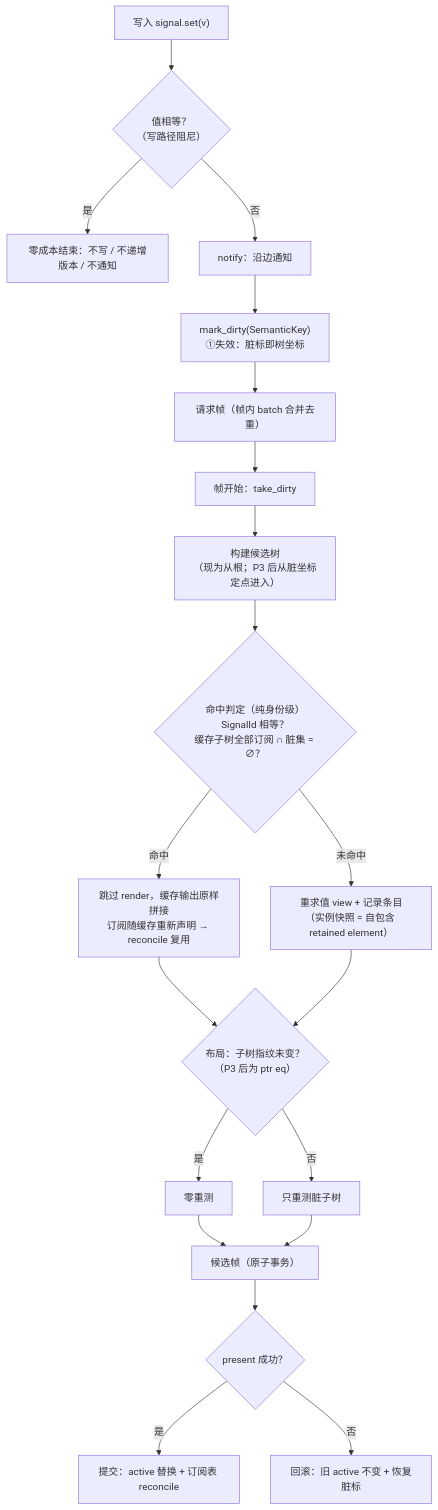
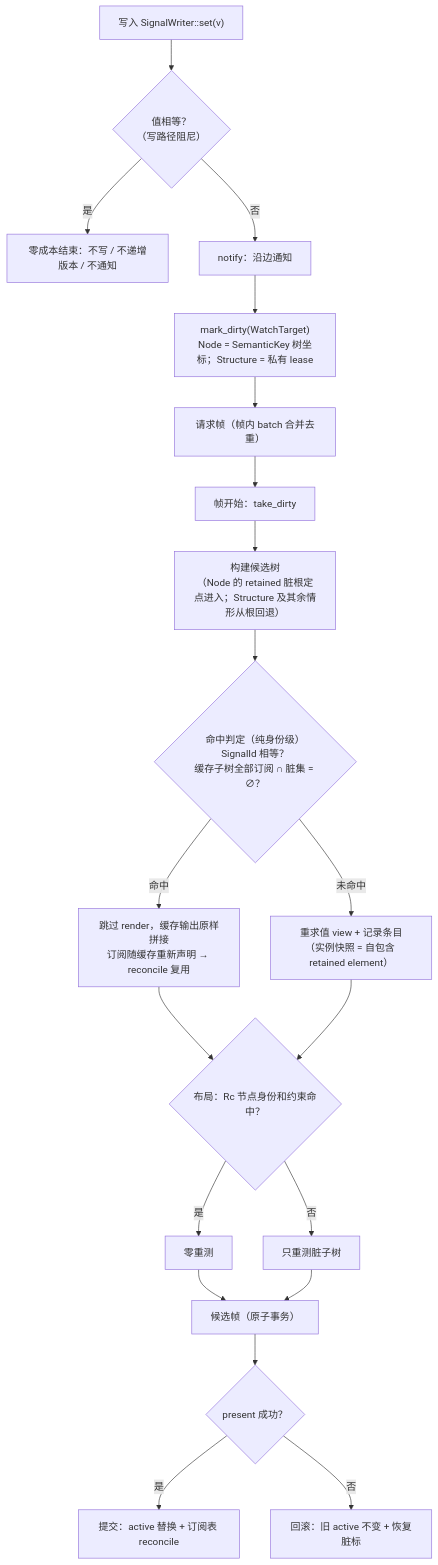
Before and after one commit to nyml2003/tela: the second of 4 diagrams in docs/001-响应式核心抽象：边、坐标与身份.md, drawn with Mermaid. The commit also changed other lines of this file and 166 other files, not shown here.

````diff
--- a/docs/001-响应式核心抽象：边、坐标与身份.md
+++ b/docs/001-响应式核心抽象：边、坐标与身份.md
@@ -171,23 +188,23 @@
 ```mermaid
 flowchart TD
-    W["写入 signal.set(v)"] --> EQ{"值相等？<br/>（写路径阻尼）"}
+    W["写入 SignalWriter::set(v)"] --> EQ{"值相等？<br/>（写路径阻尼）"}
     EQ -->|是| STOP["零成本结束：不写 / 不递增版本 / 不通知"]
     EQ -->|否| N["notify：沿边通知"]
-    N --> D["mark_dirty(SemanticKey)<br/>①失效：脏标即树坐标"]
+    N --> D["mark_dirty(WatchTarget)<br/>Node = SemanticKey 树坐标；Structure = 私有 lease"]
     D --> FQ["请求帧（帧内 batch 合并去重）"]
     FQ --> FRAME["帧开始：take_dirty"]
-    FRAME --> WALK["构建候选树<br/>（现为从根；P3 后从脏坐标定点进入）"]
+    FRAME --> WALK["构建候选树<br/>（Node 的 retained 脏根定点进入；Structure 及其余情形从根回退）"]
     WALK --> HIT{"命中判定（纯身份级）<br/>SignalId 相等？<br/>缓存子树全部订阅 ∩ 脏集 = ∅？"}
     HIT -->|命中| SPLICE["跳过 render，缓存输出原样拼接<br/>订阅随缓存重新声明 → reconcile 复用"]
     HIT -->|未命中| RECOMP["重求值 view + 记录条目<br/>（实例快照 = 自包含 retained element）"]
     SPLICE --> LAY
     RECOMP --> LAY
-    LAY{"布局：子树指纹未变？<br/>（P3 后为 ptr eq）"}
+    LAY{"布局：Rc 节点身份和约束命中？"}
     LAY -->|是| Z["零重测"]
     LAY -->|否| RL["只重测脏子树"]
     Z --> CAND["候选帧（原子事务）"]
     RL --> CAND
     CAND --> OK{"present 成功？"}
     OK -->|是| COMMIT["提交：active 替换 + 订阅表 reconcile"]
     OK -->|否| ROLL["回滚：旧 active 不变 + 恢复脏标"]
 ```
````
